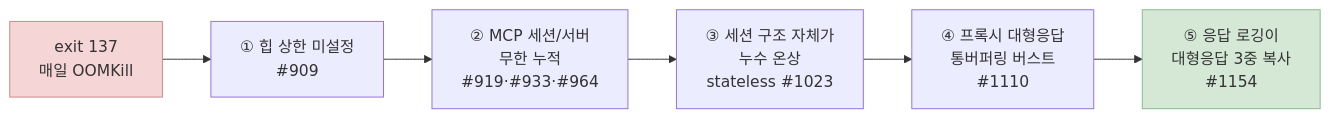
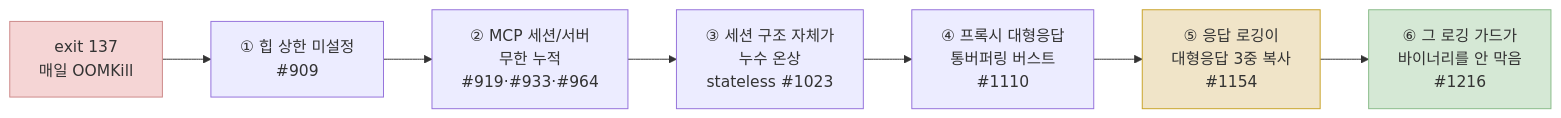
One commit to fnf-deepHeading/aie-app-blog changed the first of 3 diagrams in src/content/posts/chasing-oom-in-1gib.md. Above: the diagram before and after it, drawn with Mermaid. The commit also changed other lines of this file, not shown here.

````diff
--- a/src/content/posts/chasing-oom-in-1gib.md
+++ b/src/content/posts/chasing-oom-in-1gib.md
@@ -38,10 +34,12 @@
 ```mermaid
 graph LR
   A[exit 137<br/>매일 OOMKill] --> B[① 힙 상한 미설정<br/>#909]
   B --> C[② MCP 세션/서버<br/>무한 누적<br/>#919·#933·#964]
   C --> D[③ 세션 구조 자체가<br/>누수 온상<br/>stateless #1023]
   D --> E[④ 프록시 대형응답<br/>통버퍼링 버스트<br/>#1110]
   E --> F[⑤ 응답 로깅이<br/>대형응답 3중 복사<br/>#1154]
+  F --> G[⑥ 그 로깅 가드가<br/>바이너리를 안 막음<br/>#1216]
   style A fill:#F5D5D5,stroke:#C88
-  style F fill:#D5E8D5,stroke:#8B8
+  style F fill:#F0E4C8,stroke:#C9A227
+  style G fill:#D5E8D5,stroke:#8B8
 ```
````
